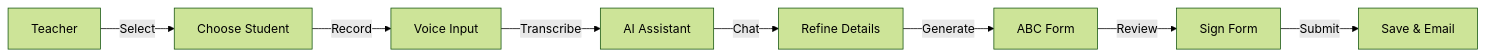
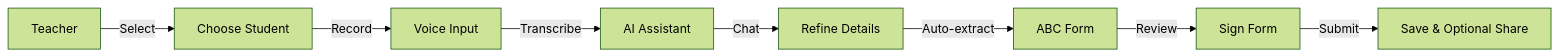
One commit to SALT-Lab-Human-AI/project-check-point-1-ABCapture changed the second of 4 diagrams in app/docs/architecture.md. Above: the diagram before and after it, drawn with Mermaid (forest theme). The commit also changed other lines of this file, not shown here.

Commit message:
Fix architecture.md: Update to LLaMA 3.3 70B, correct automatic ABC extraction, and fix Mermaid rendering

````diff
--- a/app/docs/architecture.md
+++ b/app/docs/architecture.md
@@ -49,10 +49,10 @@
 ```mermaid
 graph LR
     A[Teacher] -->|Select| B[Choose Student]
     B -->|Record| C[Voice Input]
     C -->|Transcribe| D[AI Assistant]
     D -->|Chat| E[Refine Details]
-    E -->|Generate| F[ABC Form]
+    E -->|Auto-extract| F[ABC Form]
     F -->|Review| G[Sign Form]
-    G -->|Submit| H[Save & Email]
+    G -->|Submit| H[Save & Optional Share]
 ```
````
